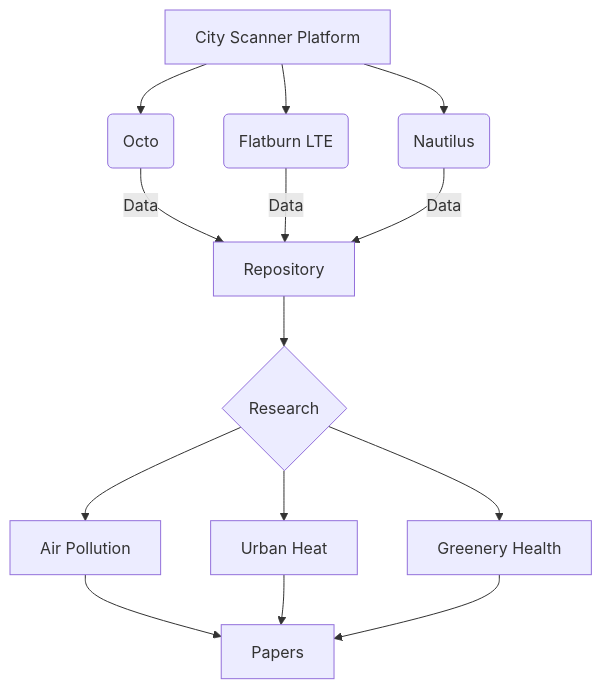
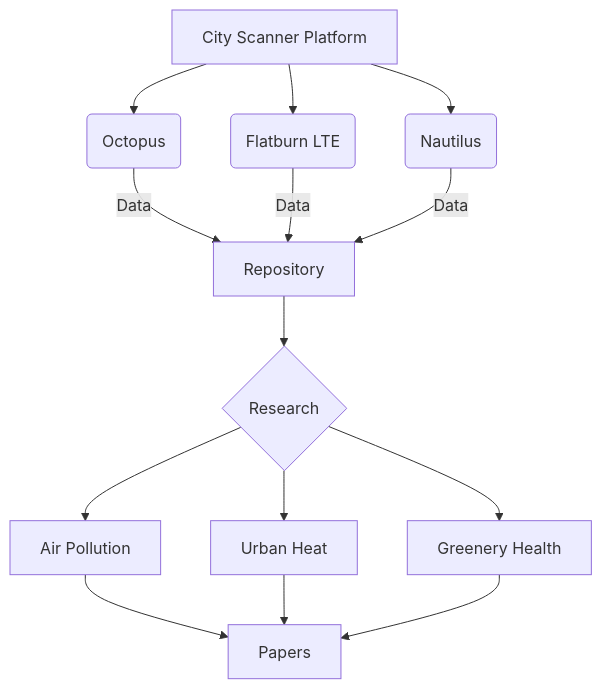
Before and after one commit to MIT-Senseable-City-Lab/flatburn-lte: the diagram in documentation/content/explore/platform.md, drawn with Mermaid. The commit also changed 1 other file, not shown here.

Commit message:
docs: fix mistake on theme config

````diff
--- a/documentation/content/explore/platform.md
+++ b/documentation/content/explore/platform.md
@@ -9,20 +9,20 @@
 ```mermaid
 graph TD;
-    A[City Scanner Platform] -->B(Octo)
+    A[City Scanner Platform] -->B(Octopus)
     A[City Scanner Platform] -->C(Flatburn LTE)
     A[City Scanner Platform] -->D(Nautilus)
 
     B --> |Data| E[Repository]
     C --> |Data| E[Repository]
     D --> |Data| E[Repository]
 
     E --> F{Research}
 
     F --> G[Air Pollution]
     F --> H[Urban Heat]
     F --> I[Greenery Health]
 
     G --> P[Papers]
     H --> P[Papers]
     I --> P[Papers]
 ```
````
